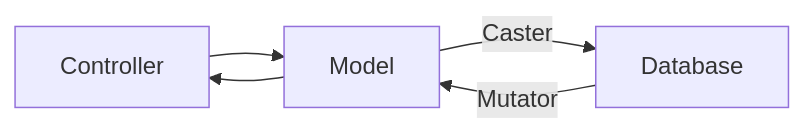
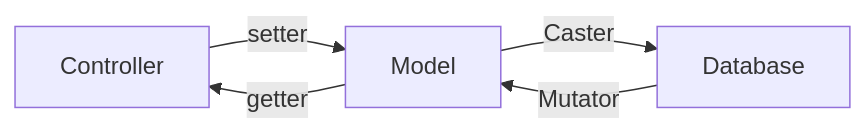
The diagram in docs/docs/database/orm-and-model.md (devbro1/pashmak), drawn with Mermaid before and after one commit. The commit also changed 1 other file, not shown here.

Commit message:
docs: update branch name: master

````diff
--- a/docs/docs/database/orm-and-model.md
+++ b/docs/docs/database/orm-and-model.md
@@ -244,7 +244,7 @@
 ```mermaid
 graph LR
-  Controller --> Model
+  Controller -->|setter| Model
   Model -->|Caster| Database
   Database -->|Mutator| Model
-  Model --> Controller
+  Model -->|getter| Controller
 ```
````
